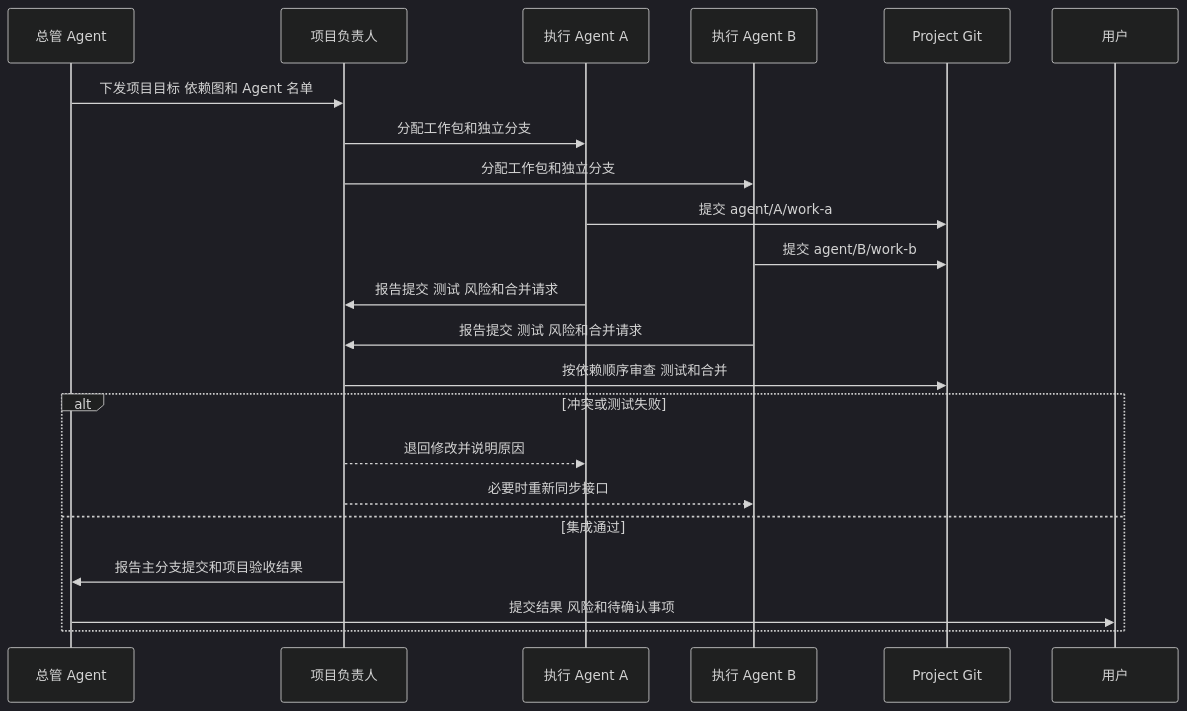
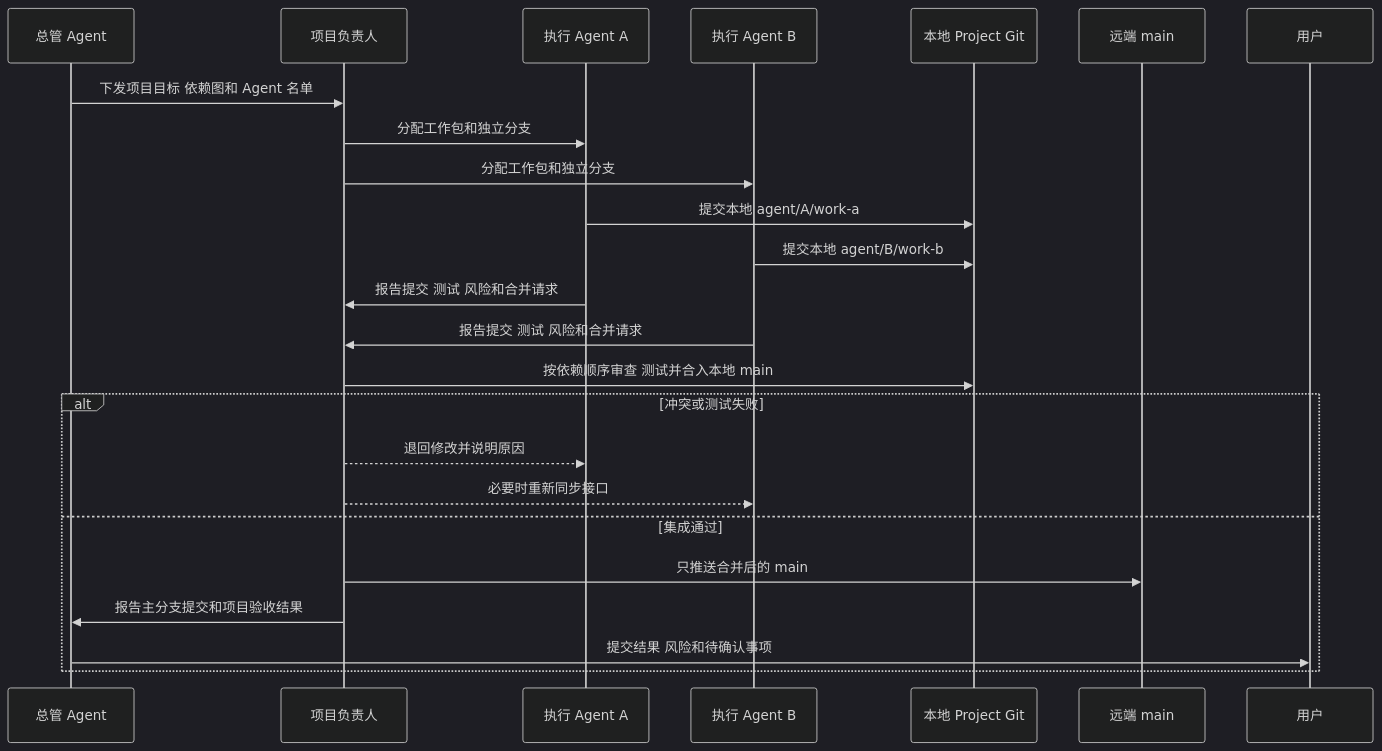
The second of 3 diagrams in wanxiangAgent.md (firesky594/wanxiang), drawn with Mermaid (dark theme) before and after one commit. The commit also changed other lines of this file, not shown here.

Commit message:
规范：开发分支仅保留在本地

````diff
--- a/wanxiangAgent.md
+++ b/wanxiangAgent.md
@@ -305,25 +312,27 @@
 ```mermaid
 sequenceDiagram
     participant M as 总管 Agent
     participant L as 项目负责人
     participant A as 执行 Agent A
     participant B as 执行 Agent B
-    participant G as Project Git
+    participant G as 本地 Project Git
+    participant R as 远端 main
     participant U as 用户
 
     M->>L: 下发项目目标 依赖图和 Agent 名单
     L->>A: 分配工作包和独立分支
     L->>B: 分配工作包和独立分支
-    A->>G: 提交 agent/A/work-a
-    B->>G: 提交 agent/B/work-b
+    A->>G: 提交本地 agent/A/work-a
+    B->>G: 提交本地 agent/B/work-b
     A->>L: 报告提交 测试 风险和合并请求
     B->>L: 报告提交 测试 风险和合并请求
-    L->>G: 按依赖顺序审查 测试和合并
+    L->>G: 按依赖顺序审查 测试并合入本地 main
     alt 冲突或测试失败
         L-->>A: 退回修改并说明原因
         L-->>B: 必要时重新同步接口
     else 集成通过
+        L->>R: 只推送合并后的 main
         L->>M: 报告主分支提交和项目验收结果
         M->>U: 提交结果 风险和待确认事项
     end
 ```
````
